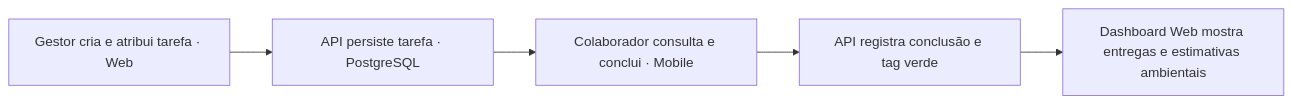
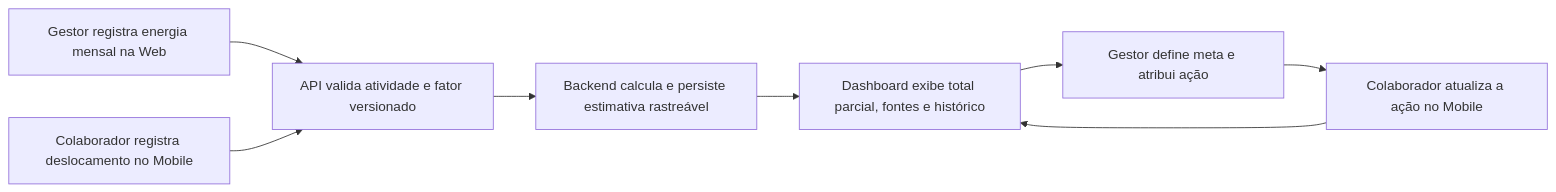
Before and after one commit to LorenzoPradalMalosso/acorde: the diagram in README.md, drawn with Mermaid. The commit also changed other lines of this file and 22 other files, not shown here.

````diff
--- a/README.md
+++ b/README.md
@@ -63,7 +34,10 @@
 ```mermaid
 flowchart LR
-    A["Gestor cria e atribui tarefa · Web"] --> B["API persiste tarefa · PostgreSQL"]
-    B --> C["Colaborador consulta e conclui · Mobile"]
-    C --> D["API registra conclusão e tag verde"]
-    D --> E["Dashboard Web mostra entregas e estimativas ambientais"]
+    A[Gestor registra energia mensal na Web] --> B[API valida atividade e fator versionado]
+    C[Colaborador registra deslocamento no Mobile] --> B
+    B --> D[Backend calcula e persiste estimativa rastreável]
+    D --> E[Dashboard exibe total parcial, fontes e histórico]
+    E --> F[Gestor define meta e atribui ação]
+    F --> G[Colaborador atualiza a ação no Mobile]
+    G --> E
 ```
````
